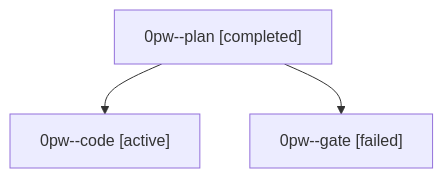
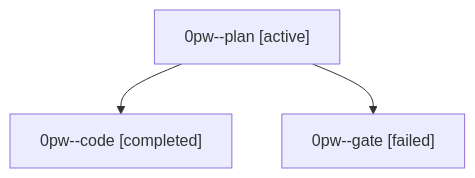
The diagram in families/bbugyi200.athena.0pw.md (sase-org/sase--agents), drawn with Mermaid before and after one commit. The commit also changed other lines of this file and 35830 other files, not shown here.

````diff
--- a/families/bbugyi200.athena.0pw.md
+++ b/families/bbugyi200.athena.0pw.md
@@ -9,8 +9,8 @@
 ```mermaid
 flowchart TD
-  n0["0pw--plan [completed]"]
-  n1["0pw--code [active]"]
+  n0["0pw--plan [active]"]
+  n1["0pw--code [completed]"]
   n0 --> n1
   n2["0pw--gate [failed]"]
   n0 --> n2
 ```
````
